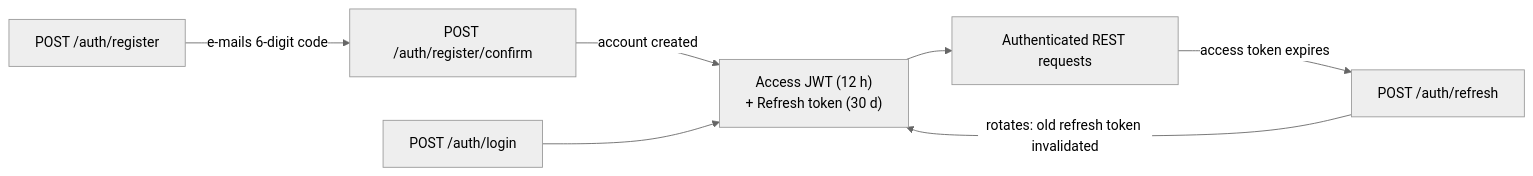
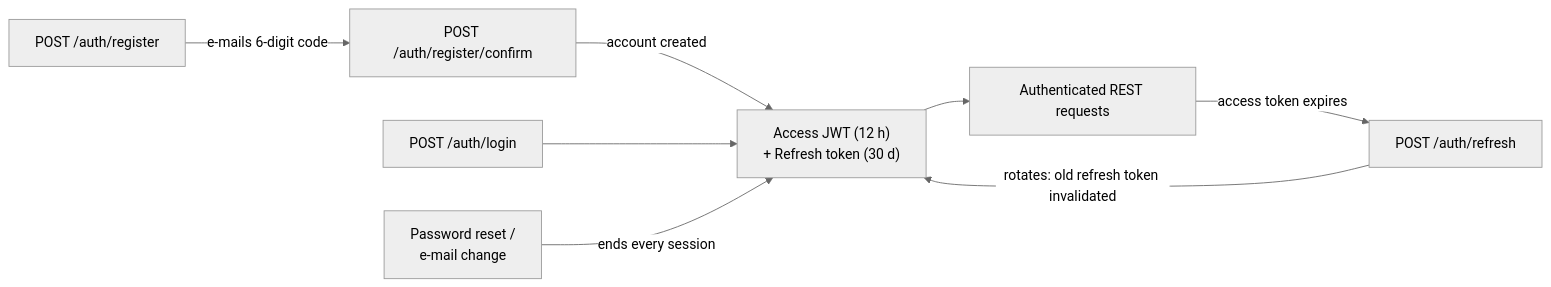
The sixth of 8 diagrams in README.md (linoalessio/cloud-driver), drawn with Mermaid (neutral theme) before and after one commit. The commit also changed other lines of this file and 59 other files, not shown here.

````diff
--- a/README.md
+++ b/README.md
@@ -557,9 +557,10 @@
 ```mermaid
 flowchart LR
     REG["POST /auth/register"] -->|e-mails 6-digit code| CONF["POST /auth/register/confirm"]
     CONF -->|account created| TOKENS["Access JWT (12 h)<br/>+ Refresh token (30 d)"]
     LOGIN["POST /auth/login"] --> TOKENS
     TOKENS --> APIUSE["Authenticated REST requests"]
     APIUSE -->|access token expires| REFRESH["POST /auth/refresh"]
     REFRESH -->|rotates: old refresh token invalidated| TOKENS
+    CHANGE["Password reset /<br/>e-mail change"] -->|ends every session| TOKENS
 ```
````
